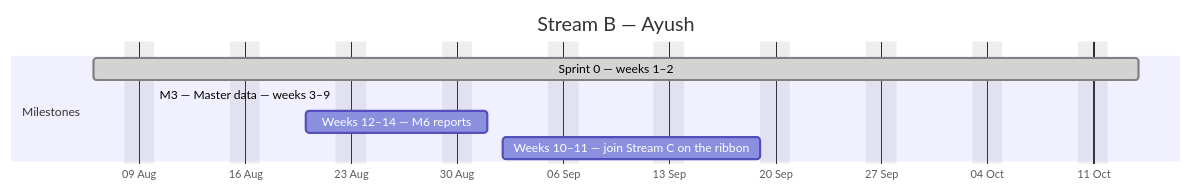
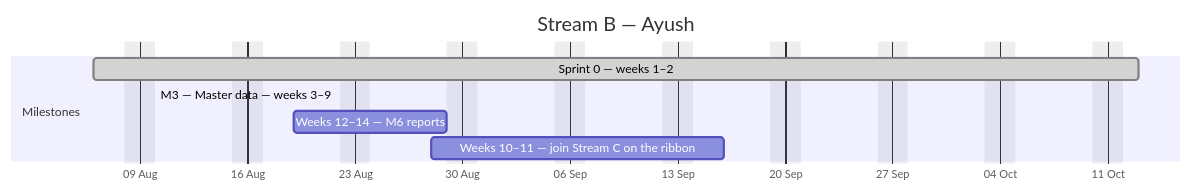
The second of 4 diagrams in docs/plan/GANTT.md (debashisedunext/EduTrack), drawn with Mermaid before and after one commit. The commit also changed other lines of this file and 3 other files, not shown here.

````diff
--- a/docs/plan/GANTT.md
+++ b/docs/plan/GANTT.md
@@ -118,12 +117,12 @@
 ```mermaid
 gantt
     dateFormat YYYY-MM-DD
     axisFormat %d %b
     title Stream B — Ayush
     excludes weekends
     section Milestones
-    Sprint 0 — weeks 1–2 :done, b0, 2026-08-06, 49d
-    M3 — Master data — weeks 3–9 :active, b1, 2026-08-10, -21d
-    Weeks 12–14 — M6 reports :b2, 2026-08-20, 8d
-    Weeks 10–11 — join Stream C on the ribbon :b3, 2026-09-02, 13d
+    Sprint 0 — weeks 1–2 :done, b0, 2026-08-06, 48d
+    M3 — Master data — weeks 3–9 :active, b1, 2026-08-10, -9d
+    Weeks 12–14 — M6 reports :b2, 2026-08-19, 8d
+    Weeks 10–11 — join Stream C on the ribbon :b3, 2026-08-28, 13d
 ```
````
